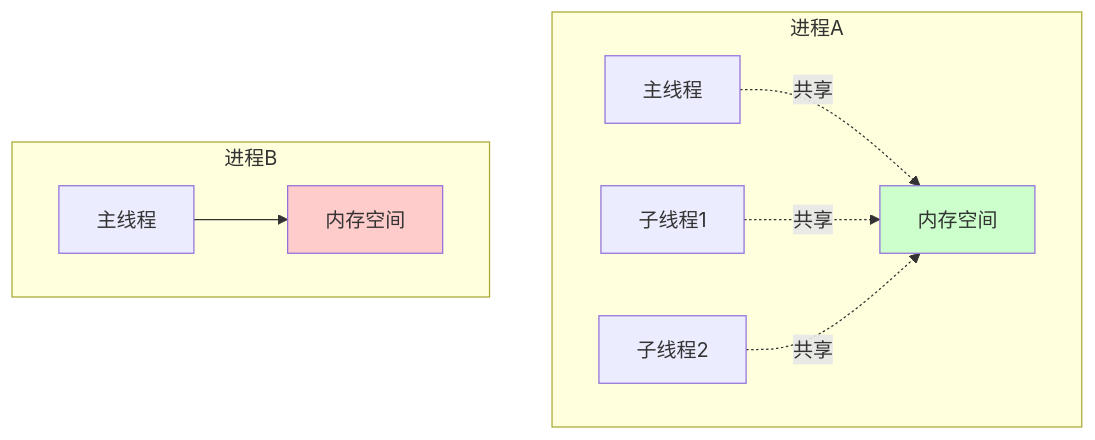
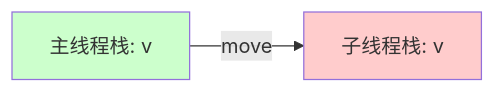
One commit to byteappua/rust-100 changed the second of 2 diagrams in Day16-30/22.Threads/README.md. Above: the diagram before and after it, drawn with Mermaid. The commit also changed other lines of this file and 2 other files, not shown here.

````diff
--- a/Day16-30/22.Threads/README.md
+++ b/Day16-30/22.Threads/README.md
@@ -45,21 +71,7 @@
 ```mermaid
-graph TD
-    subgraph 进程A
-        T1A[主线程]
-        T2A[子线程1]
-        T3A[子线程2]
-        M1[内存空间]
-        T1A -.共享.-> M1
-        T2A -.共享.-> M1
-        T3A -.共享.-> M1
-    end
+graph LR
+    StackMain[主线程栈: v] --move--> StackThread[子线程栈: v]
     
-    subgraph 进程B
-        T1B[主线程]
-        M2[内存空间]
-        T1B --> M2
-    end
-    
-    style M1 fill:#ccffcc
-    style M2 fill:#ffcccc
+    style StackMain fill:#ccffcc
+    style StackThread fill:#ffcccc
 ```
````
